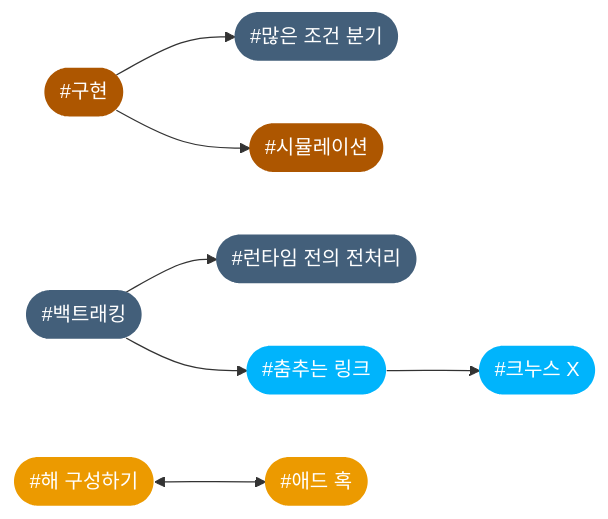
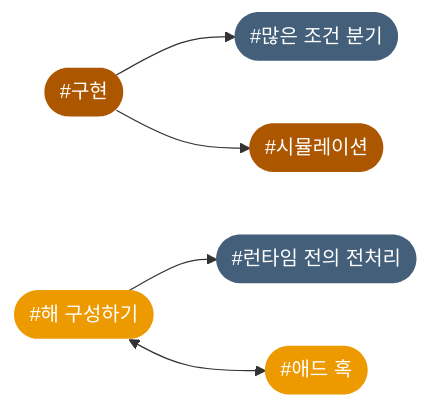
Diagram 14 of 14 in index.md (CHOYUNSIG/algorithm_with_boj), drawn with Mermaid before and after one commit. The commit also changed other lines of this file and 1 other file, not shown here.

```diff
--- a/index.md
+++ b/index.md
@@ -763,27 +769,22 @@
 <pre class="mermaid">
     graph LR
 
     #implementation --> #case_work
     #implementation --> #simulation
-    #backtracking --> #precomputation
-    #backtracking --> #dancing_links
-    #dancing_links --> #knuth_x
+    #constructive --> #precomputation
     #constructive <--> #ad_hoc
 
     #implementation(["#구현"]):::tier0
     #precomputation(["#런타임 전의 전처리"]):::tier1
     #case_work(["#많은 조건 분기"]):::tier1
-    #backtracking(["#백트래킹"]):::tier1
     #simulation(["#시뮬레이션"]):::tier0
     #ad_hoc(["#애드 혹"]):::tier2
-    #dancing_links(["#춤추는 링크"]):::tier4
-    #knuth_x(["#크누스 X"]):::tier4
     #constructive(["#해 구성하기"]):::tier2
 
     classDef tier0 fill:#ad5600, color:#fff, stroke:#0000
     classDef tier1 fill:#435f7a, color:#fff, stroke:#0000
     classDef tier2 fill:#ec9a00, color:#fff, stroke:#0000
     classDef tier3 fill:#27e2a4, color:#fff, stroke:#0000
     classDef tier4 fill:#00b4fc, color:#fff, stroke:#0000
     classDef tier5 fill:#ff0062, color:#fff, stroke:#0000
 </pre>
```
